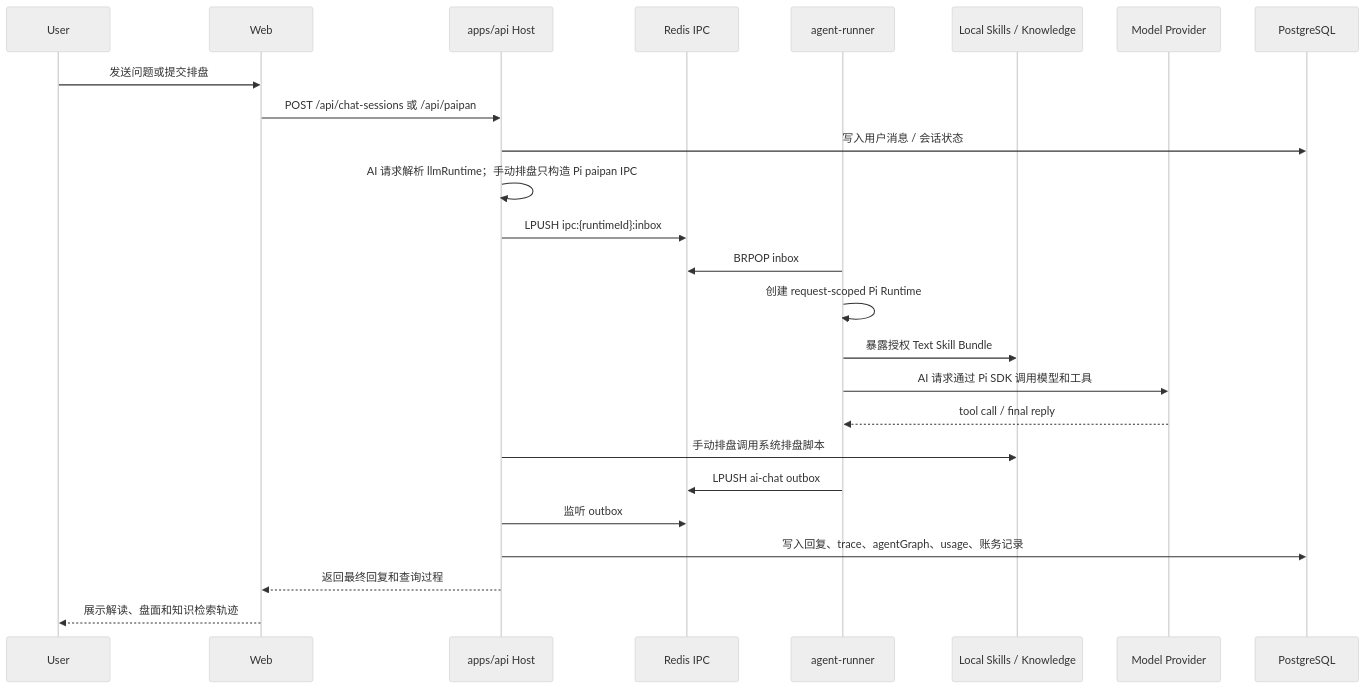
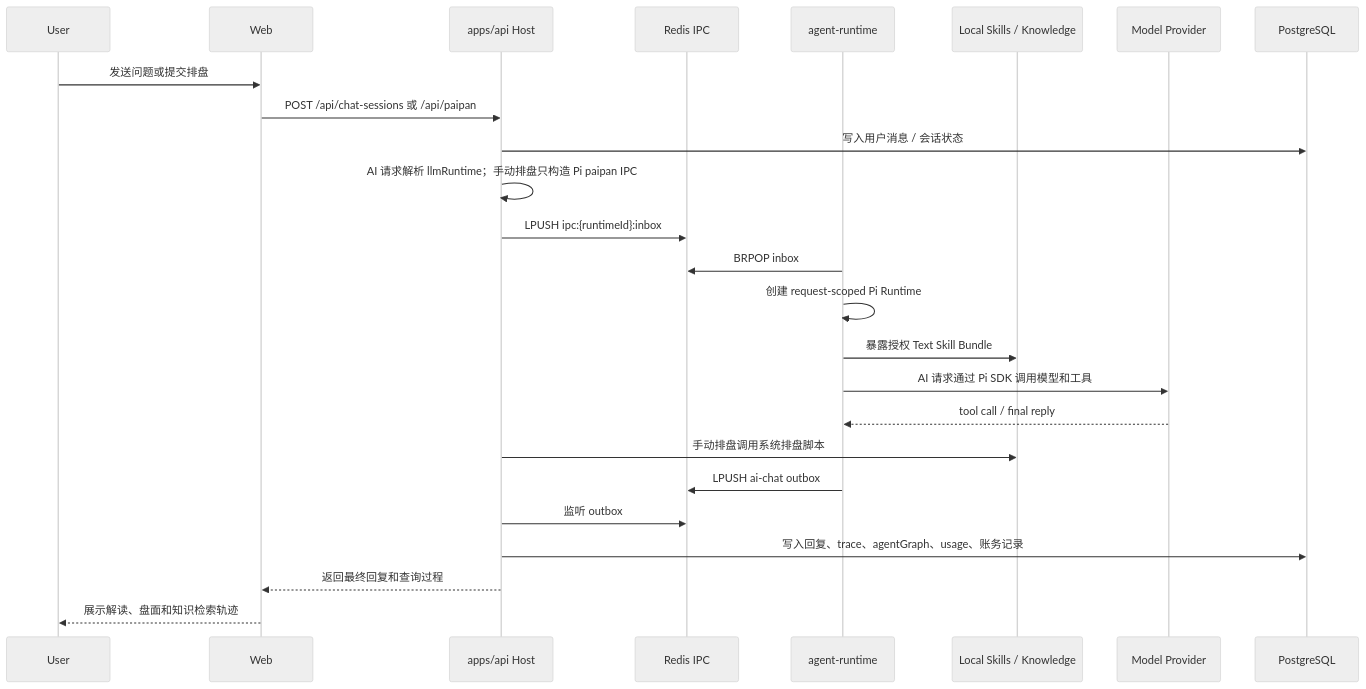
One commit to Coaixy/FateClaw changed the third of 3 diagrams in README.md. Above: the diagram before and after it, drawn with Mermaid (neutral theme). The commit also changed other lines of this file and 89 other files, not shown here.

````diff
--- a/README.md
+++ b/README.md
@@ -100,28 +100,28 @@
 ```mermaid
 sequenceDiagram
   participant U as User
   participant W as Web
   participant H as apps/api Host
   participant R as Redis IPC
-  participant A as agent-runner
+  participant A as agent-runtime
   participant S as Local Skills / Knowledge
   participant M as Model Provider
   participant DB as PostgreSQL
 
   U->>W: 发送问题或提交排盘
   W->>H: POST /api/chat-sessions 或 /api/paipan
   H->>DB: 写入用户消息 / 会话状态
   H->>H: AI 请求解析 llmRuntime；手动排盘只构造 Pi paipan IPC
   H->>R: LPUSH ipc:{runtimeId}:inbox
   A->>R: BRPOP inbox
   A->>A: 创建 request-scoped Pi Runtime
   A->>S: 暴露授权 Text Skill Bundle
   A->>M: AI 请求通过 Pi SDK 调用模型和工具
   M-->>A: tool call / final reply
   H->>S: 手动排盘调用系统排盘脚本
   A->>R: LPUSH ai-chat outbox
   H->>R: 监听 outbox
   H->>DB: 写入回复、trace、agentGraph、usage、账务记录
   H-->>W: 返回最终回复和查询过程
   W-->>U: 展示解读、盘面和知识检索轨迹
 ```
````
